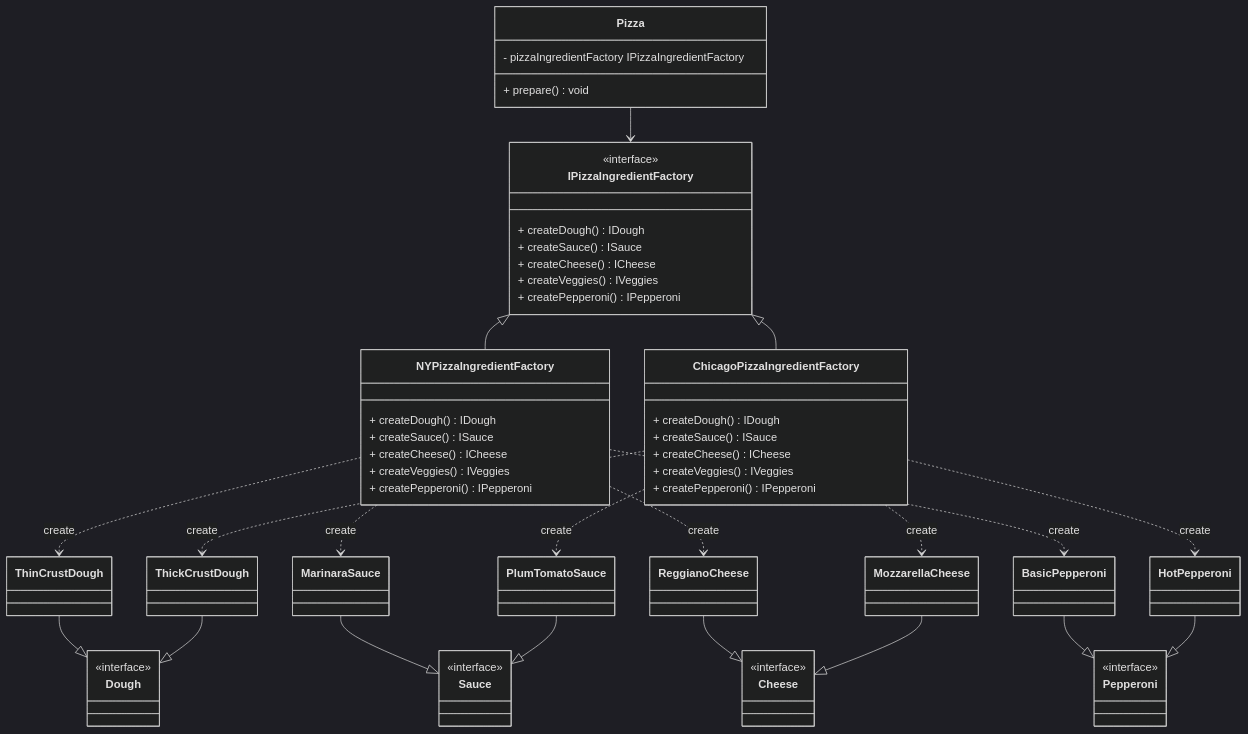
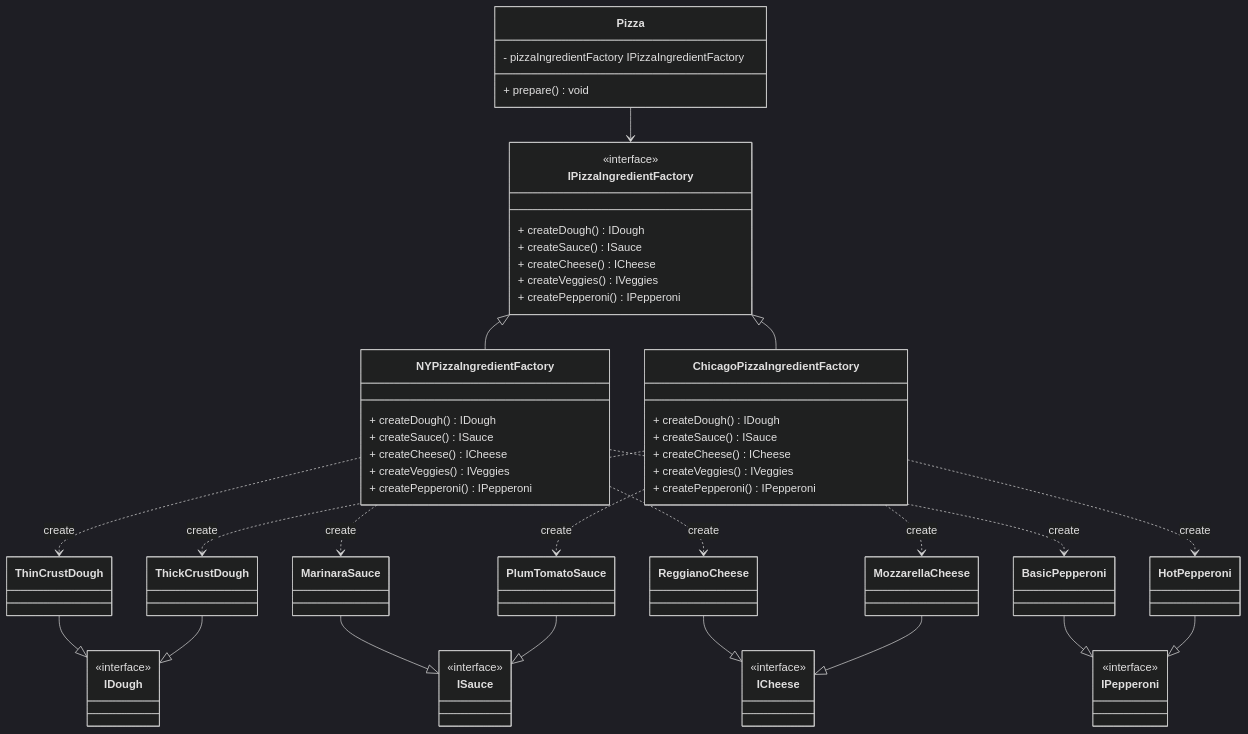
The second of 2 diagrams in src/abstract_factory/README.md (hbaltz/design-patterns), drawn with Mermaid (dark theme) before and after one commit. The commit also changed other lines of this file, not shown here.

Commit message:
Fix typo in interface name in abstract factory pattern README

````diff
--- a/src/abstract_factory/README.md
+++ b/src/abstract_factory/README.md
@@ -66,77 +66,77 @@
 ```mermaid
 classDiagram
     class IPizzaIngredientFactory {
         + createDough() IDough
         + createSauce() ISauce
         + createCheese() ICheese
         + createVeggies() IVeggies
         + createPepperoni() IPepperoni
     }
     <<interface>> IPizzaIngredientFactory
     class NYPizzaIngredientFactory {
         + createDough() IDough
         + createSauce() ISauce
         + createCheese() ICheese
         + createVeggies() IVeggies
         + createPepperoni() IPepperoni
     }
     class ChicagoPizzaIngredientFactory {
         + createDough() IDough
         + createSauce() ISauce
         + createCheese() ICheese
         + createVeggies() IVeggies
         + createPepperoni() IPepperoni
     }
 
     class Pizza {
         - pizzaIngredientFactory IPizzaIngredientFactory
         + prepare() void
     }
 
-    class Dough
-    <<interface>> Dough
+    class IDough
+    <<interface>> IDough
     class ThinCrustDough
     class ThickCrustDough
 
-    class Sauce
-    <<interface>> Sauce
+    class ISauce
+    <<interface>> ISauce
     class MarinaraSauce
     class PlumTomatoSauce
     
-    class Cheese
-    <<interface>> Cheese
+    class ICheese
+    <<interface>> ICheese
     class ReggianoCheese
     class MozzarellaCheese
     
-    class Pepperoni
-    <<interface>> Pepperoni
+    class IPepperoni
+    <<interface>> IPepperoni
     class BasicPepperoni
     class HotPepperoni
 
     Pizza --> IPizzaIngredientFactory
 
     IPizzaIngredientFactory <|-- NYPizzaIngredientFactory
     IPizzaIngredientFactory <|-- ChicagoPizzaIngredientFactory
 
-    ThinCrustDough --|> Dough
-    ThickCrustDough --|> Dough
+    ThinCrustDough --|> IDough
+    ThickCrustDough --|> IDough
 
-    MarinaraSauce --|> Sauce
-    PlumTomatoSauce --|> Sauce
+    MarinaraSauce --|> ISauce
+    PlumTomatoSauce --|> ISauce
 
-    ReggianoCheese --|> Cheese
-    MozzarellaCheese --|> Cheese
+    ReggianoCheese --|> ICheese
+    MozzarellaCheese --|> ICheese
     
-    BasicPepperoni --|> Pepperoni
-    HotPepperoni --|> Pepperoni
+    BasicPepperoni --|> IPepperoni
+    HotPepperoni --|> IPepperoni
 
     NYPizzaIngredientFactory ..> ThinCrustDough : create
     NYPizzaIngredientFactory ..> MarinaraSauce : create
     NYPizzaIngredientFactory ..> ReggianoCheese : create
     NYPizzaIngredientFactory ..> BasicPepperoni : create
 
     ChicagoPizzaIngredientFactory ..> ThickCrustDough : create
     ChicagoPizzaIngredientFactory ..> PlumTomatoSauce : create
     ChicagoPizzaIngredientFactory ..> MozzarellaCheese : create
     ChicagoPizzaIngredientFactory ..> HotPepperoni : create
 ```
````
